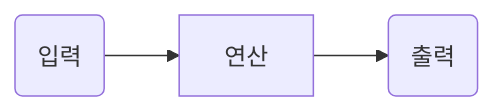
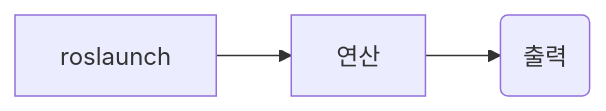
Before and after one commit to kemjensak/isaac_sim_tutorial: the diagram in docs/day3-4.md, drawn with Mermaid. The commit also changed other lines of this file, not shown here.

````diff
--- a/docs/day3-4.md
+++ b/docs/day3-4.md
@@ -121,5 +121,5 @@
 ```mermaid 
-graph LR 
-A(입력)-->B[연산] 
-B-->C(출력) 
+graph LR; 
+roslaunch -->B[연산];
+B-->C(출력);
 ```
````
